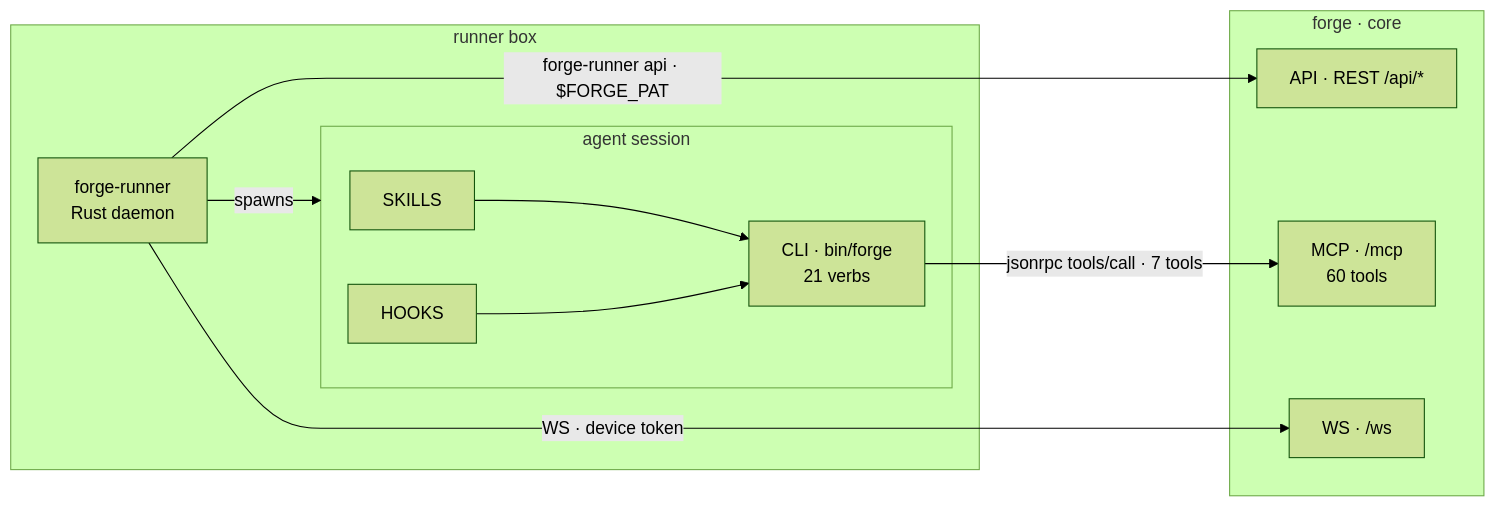
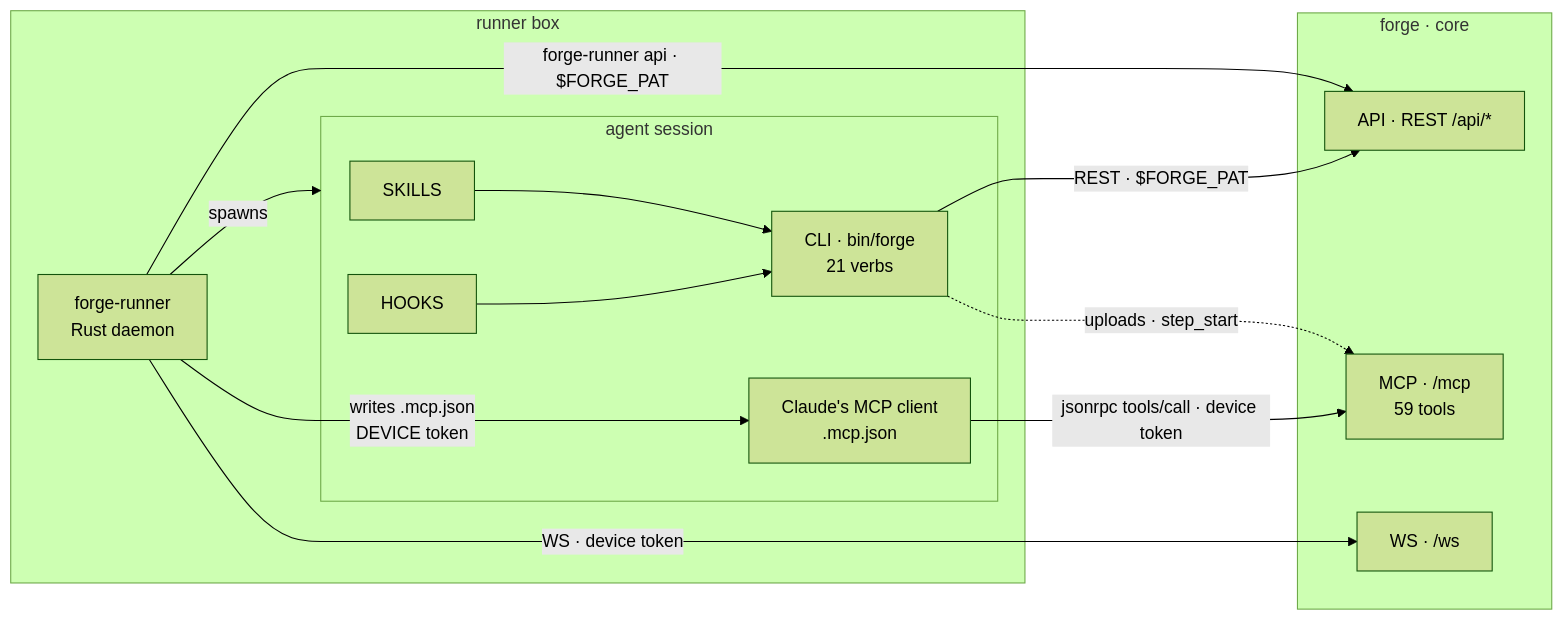
Before and after one commit to SidCorp-co/forge: the first of 2 diagrams in docs/architecture/agent-surface.md, drawn with Mermaid (forest theme). The commit also changed other lines of this file and 5 other files, not shown here.

````diff
--- a/docs/architecture/agent-surface.md
+++ b/docs/architecture/agent-surface.md
@@ -8,21 +9,25 @@
 ```mermaid
 flowchart LR
   subgraph BOX["runner box"]
     D["forge-runner<br/>Rust daemon"]
     subgraph S["agent session"]
       SK["SKILLS"] --> CLI["CLI · bin/forge<br/>21 verbs"]
       HK["HOOKS"] --> CLI
+      MC["Claude's MCP client<br/>.mcp.json"]
     end
     D -->|spawns| S
+    D -->|"writes .mcp.json<br/>DEVICE token"| MC
   end
 
   subgraph CORE["forge · core"]
     API["API · REST /api/*"]
-    MCP["MCP · /mcp<br/>60 tools"]
+    MCP["MCP · /mcp<br/>59 tools"]
     WS["WS · /ws"]
   end
 
   D -->|"WS · device token"| WS
   D -->|"forge-runner api · $FORGE_PAT"| API
-  CLI -->|"jsonrpc tools/call · 7 tools"| MCP
+  CLI -->|"REST · $FORGE_PAT"| API
+  CLI -.->|"uploads · step_start"| MCP
+  MC -->|"jsonrpc tools/call · device token"| MCP
 ```
````
